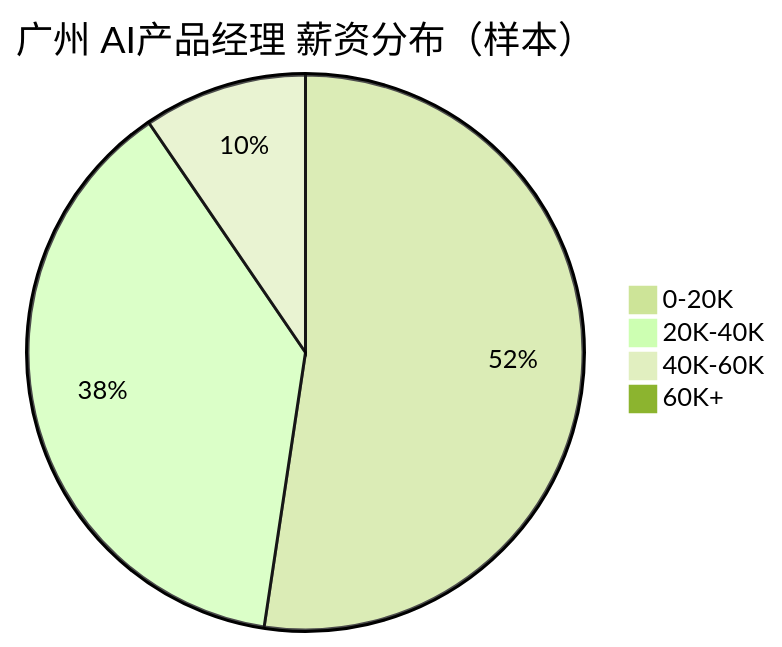
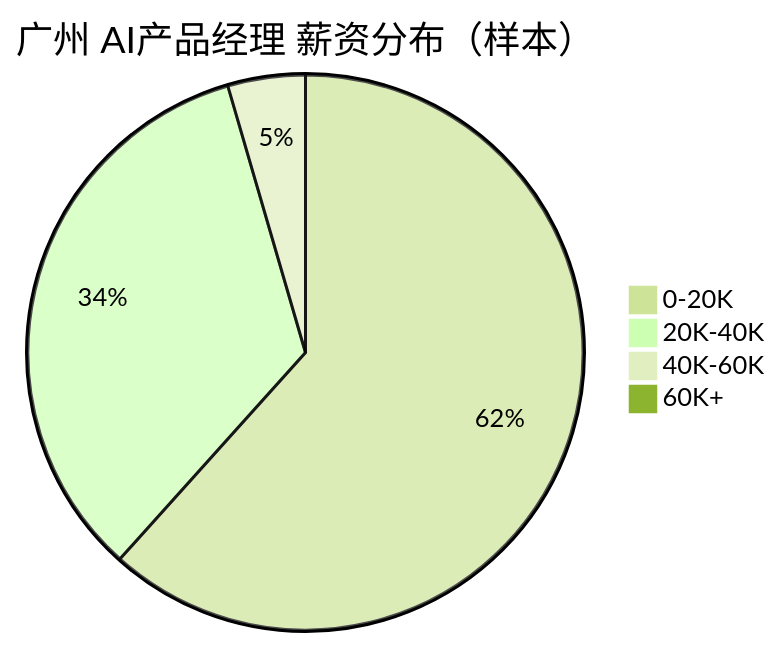
One commit to JohnsRun/ai-job-radar changed the diagram in README.md. Above: the diagram before and after it, drawn with Mermaid (forest theme). The commit also changed other lines of this file, not shown here.

````diff
--- a/README.md
+++ b/README.md
@@ -20,7 +20,7 @@
 ```mermaid
 pie title 广州 AI产品经理 薪资分布（样本）
-  "0-20K" : 22
-  "20K-40K" : 16
-  "40K-60K" : 4
+  "0-20K" : 82
+  "20K-40K" : 45
+  "40K-60K" : 6
   "60K+" : 0
 ```
````
